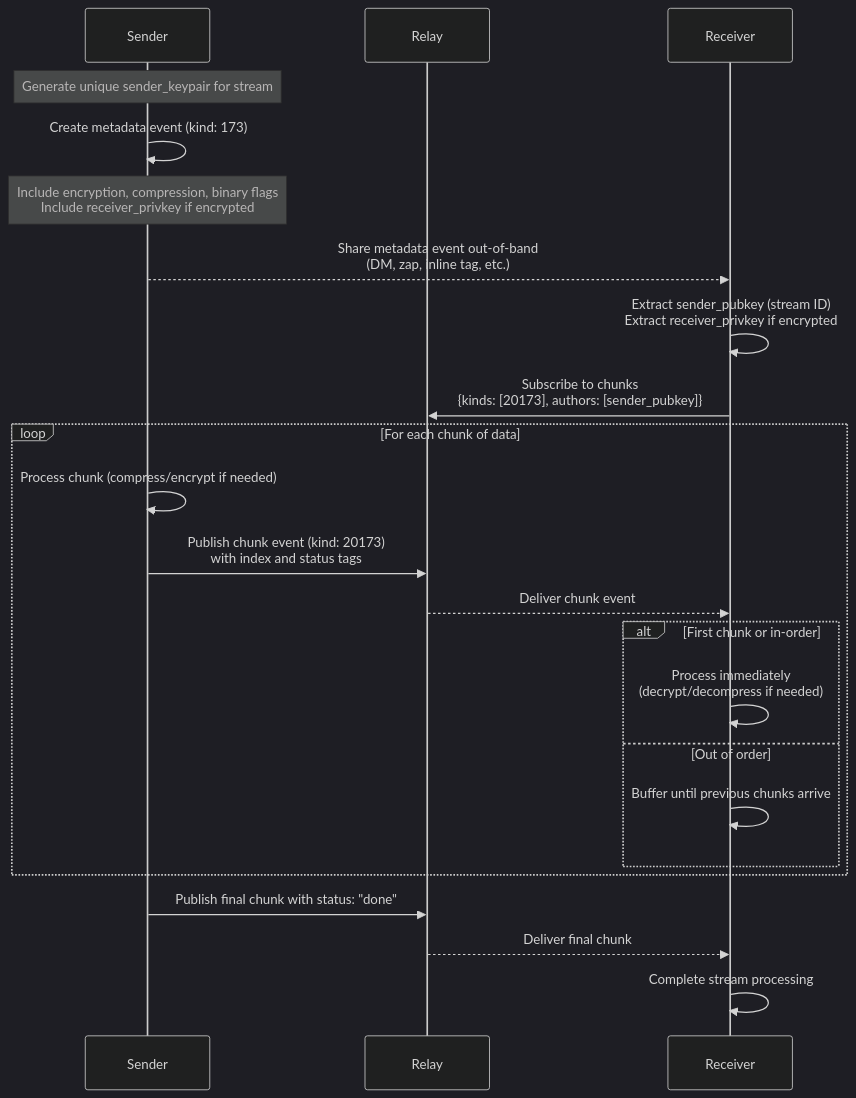
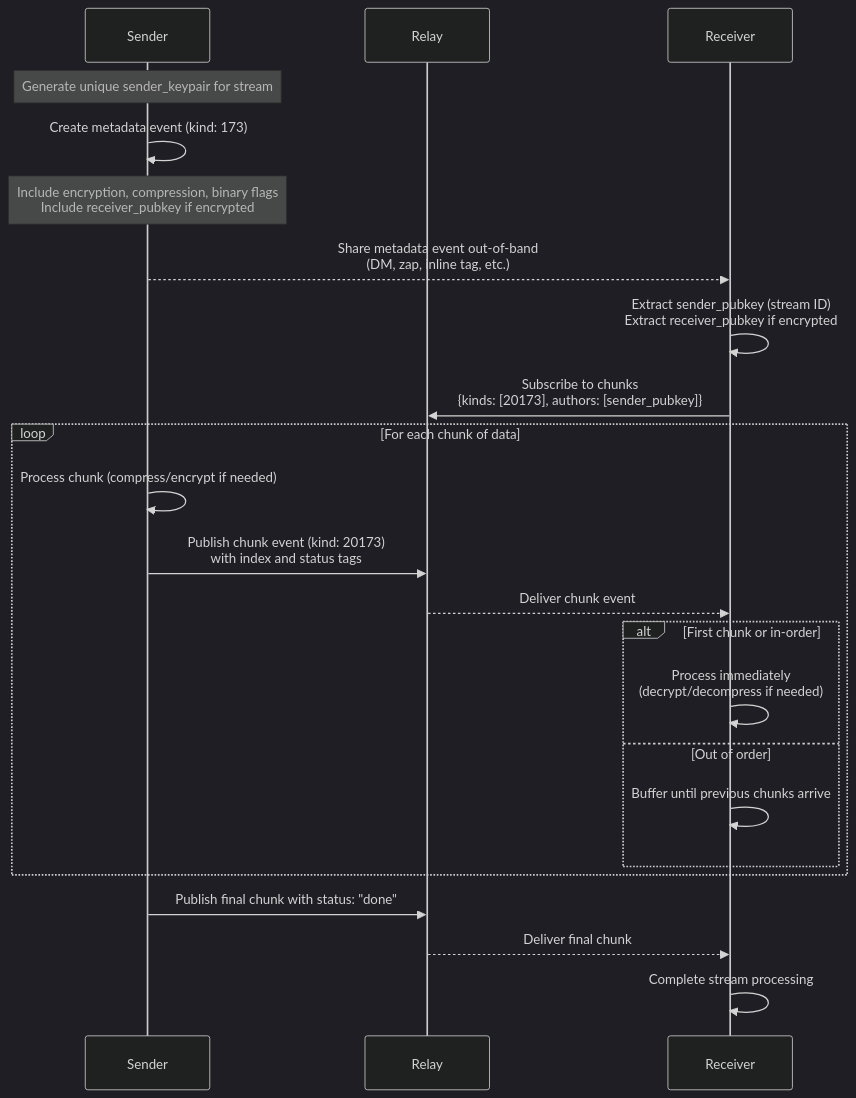
One commit to nostrband/askexperts changed the diagram in NIP-173.md. Above: the diagram before and after it, drawn with Mermaid (dark theme). The commit also changed other lines of this file and 18 other files, not shown here.

Commit message:
Lots of refactoring, replaced 'key' tag with 'receiver_pubkey' in NIP-173 - implemented in stream module, added file attachments to chat

````diff
--- a/NIP-173.md
+++ b/NIP-173.md
@@ -125,32 +123,32 @@
 ```mermaid
 sequenceDiagram
     participant Sender
     participant Relay
     participant Receiver
     
     Note over Sender: Generate unique sender_keypair for stream
     
     Sender->>Sender: Create metadata event (kind: 173)
-    Note over Sender: Include encryption, compression, binary flags<br/>Include receiver_privkey if encrypted
+    Note over Sender: Include encryption, compression, binary flags<br/>Include receiver_pubkey if encrypted
     
     Sender-->>Receiver: Share metadata event out-of-band<br/>(DM, zap, inline tag, etc.)
     
-    Receiver->>Receiver: Extract sender_pubkey (stream ID)<br/>Extract receiver_privkey if encrypted
+    Receiver->>Receiver: Extract sender_pubkey (stream ID)<br/>Extract receiver_pubkey if encrypted
     Receiver->>Relay: Subscribe to chunks<br/>{kinds: [20173], authors: [sender_pubkey]}
     
     loop For each chunk of data
         Sender->>Sender: Process chunk (compress/encrypt if needed)
         Sender->>Relay: Publish chunk event (kind: 20173)<br/>with index and status tags
         Relay-->>Receiver: Deliver chunk event
         
         alt First chunk or in-order
             Receiver->>Receiver: Process immediately<br/>(decrypt/decompress if needed)
         else Out of order
             Receiver->>Receiver: Buffer until previous chunks arrive
         end
     end
     
     Sender->>Relay: Publish final chunk with status: "done"
     Relay-->>Receiver: Deliver final chunk
     Receiver->>Receiver: Complete stream processing
 ```
````
